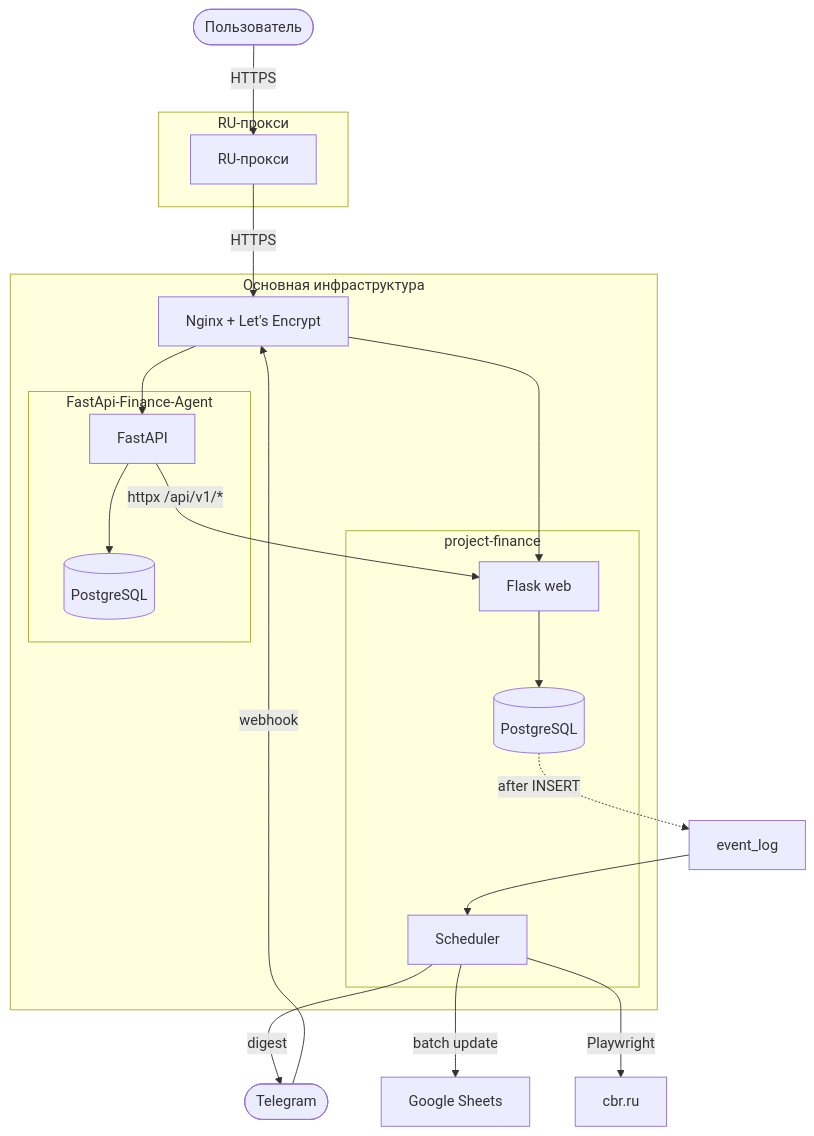
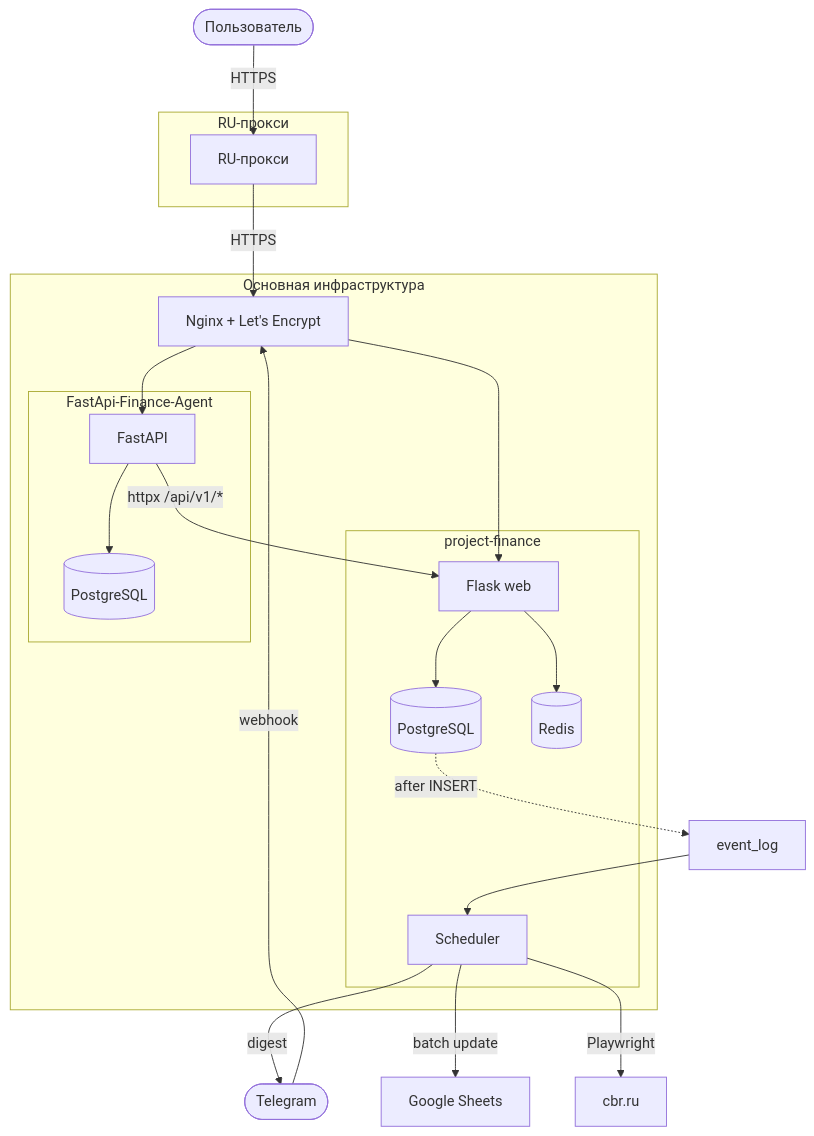
Before and after one commit to daniil-avdeenko/project-finance: the diagram in README.md, drawn with Mermaid. The commit also changed other lines of this file and 2 other files, not shown here.

````diff
--- a/README.md
+++ b/README.md
@@ -43,34 +46,36 @@
 ```mermaid
 flowchart TB
     User([Пользователь]) -->|HTTPS| RU[RU-прокси]
     TG([Telegram]) -->|webhook| NL
 
     subgraph Proxy["RU-прокси"]
         RU
     end
 
     subgraph Servers["Основная инфраструктура"]
         NL[Nginx + Let's Encrypt]
         subgraph Finance["project-finance"]
             Flask[Flask web]
             Sched[Scheduler]
             DB1[(PostgreSQL)]
+            Cache[(Redis)]
         end
         subgraph Agent["FastApi-Finance-Agent"]
             API[FastAPI]
             DB2[(PostgreSQL)]
         end
     end
 
     RU -->|HTTPS| NL
     NL --> Flask
     NL --> API
     API -->|httpx /api/v1/*| Flask
     Flask --> DB1
+    Flask --> Cache
     DB1 -.after INSERT.-> Events[event_log]
     Events --> Sched
     Sched -->|digest| TG
     Sched -->|batch update| Sheets[Google Sheets]
     Sched -->|Playwright| CBR[cbr.ru]
     API --> DB2
 ```
````
